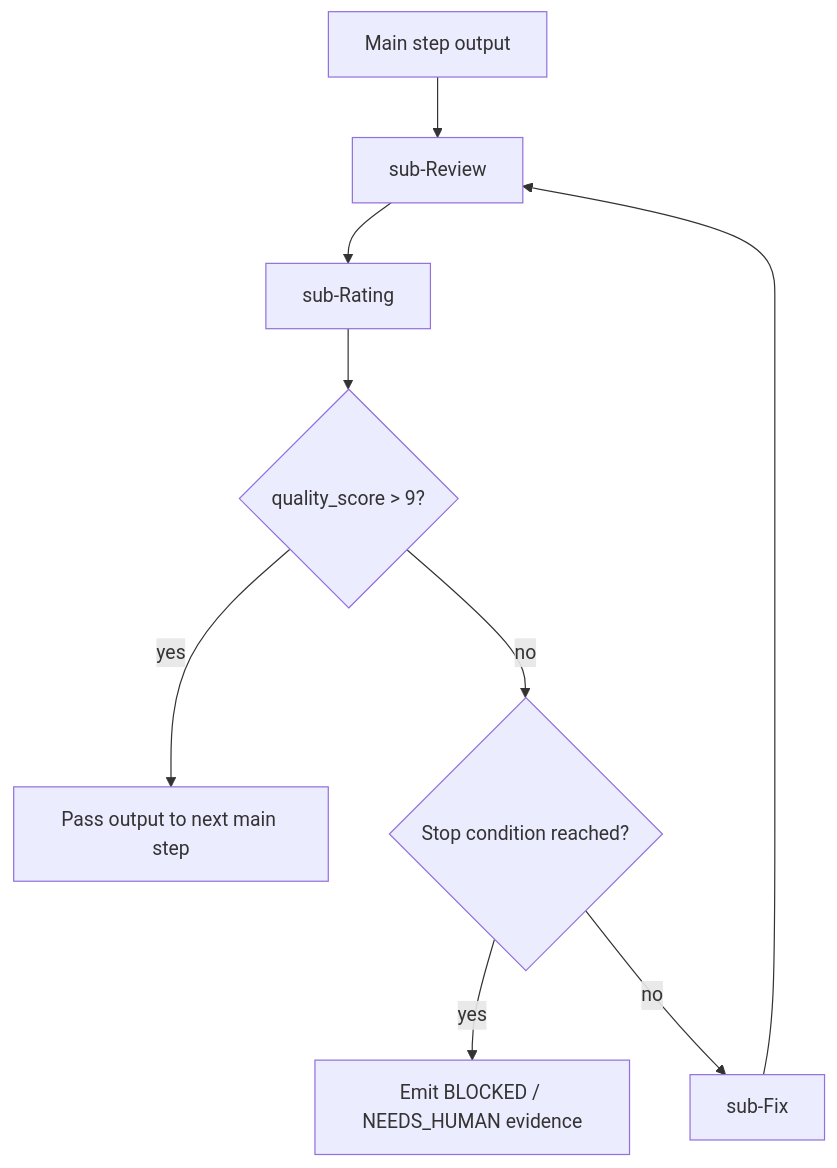
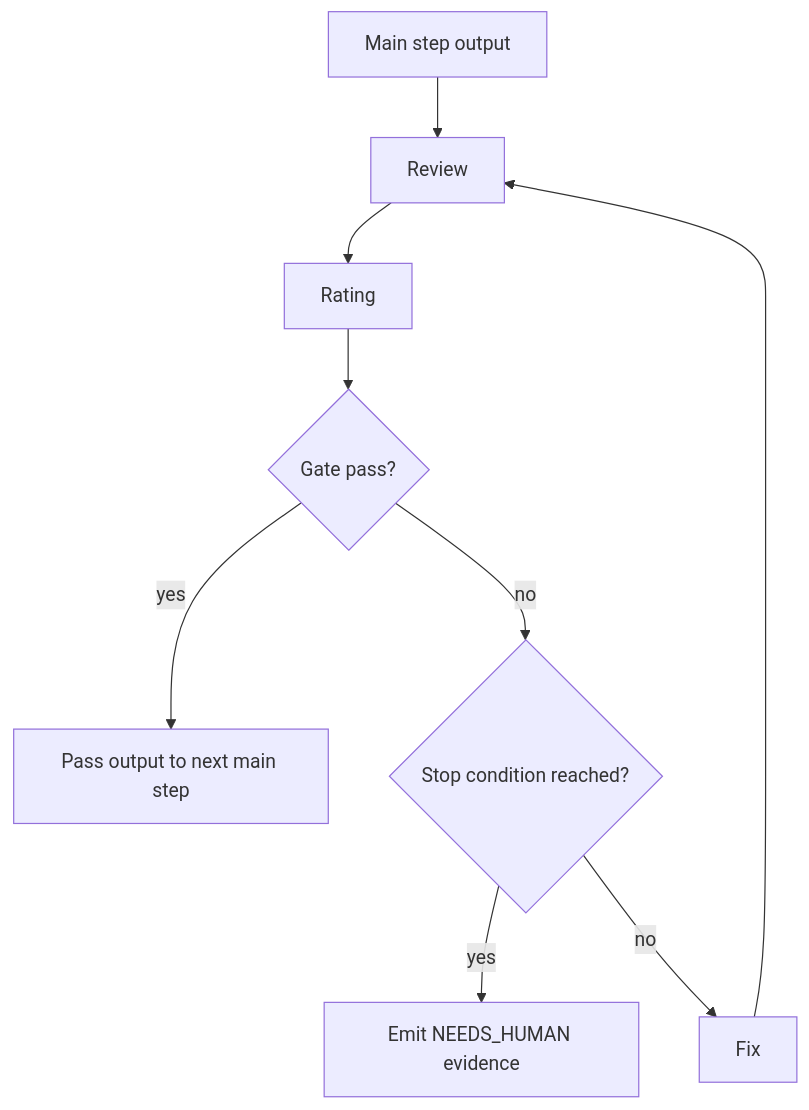
Before and after one commit to samzhu/grimoAPP: the fifth of 10 diagrams in docs/grimo/references/grimo-agent-workflow-definition.md, drawn with Mermaid. The commit also changed other lines of this file and 30 other files, not shown here.

````diff
--- a/docs/grimo/references/grimo-agent-workflow-definition.md
+++ b/docs/grimo/references/grimo-agent-workflow-definition.md
@@ -206,11 +205,11 @@
 ```mermaid
 flowchart TD
-  StepOutput["Main step output"] --> Review["sub-Review"]
-  Review --> Rating["sub-Rating"]
-  Rating --> Score{"quality_score > 9?"}
+  StepOutput["Main step output"] --> Review["Review"]
+  Review --> Rating["Rating"]
+  Rating --> Score{"Gate pass?"}
   Score -- "yes" --> Pass["Pass output to next main step"]
   Score -- "no" --> Stop{"Stop condition reached?"}
-  Stop -- "yes" --> Block["Emit BLOCKED / NEEDS_HUMAN evidence"]
-  Stop -- "no" --> Fix["sub-Fix"]
+  Stop -- "yes" --> Block["Emit NEEDS_HUMAN evidence"]
+  Stop -- "no" --> Fix["Fix"]
   Fix --> Review
 ```
````
